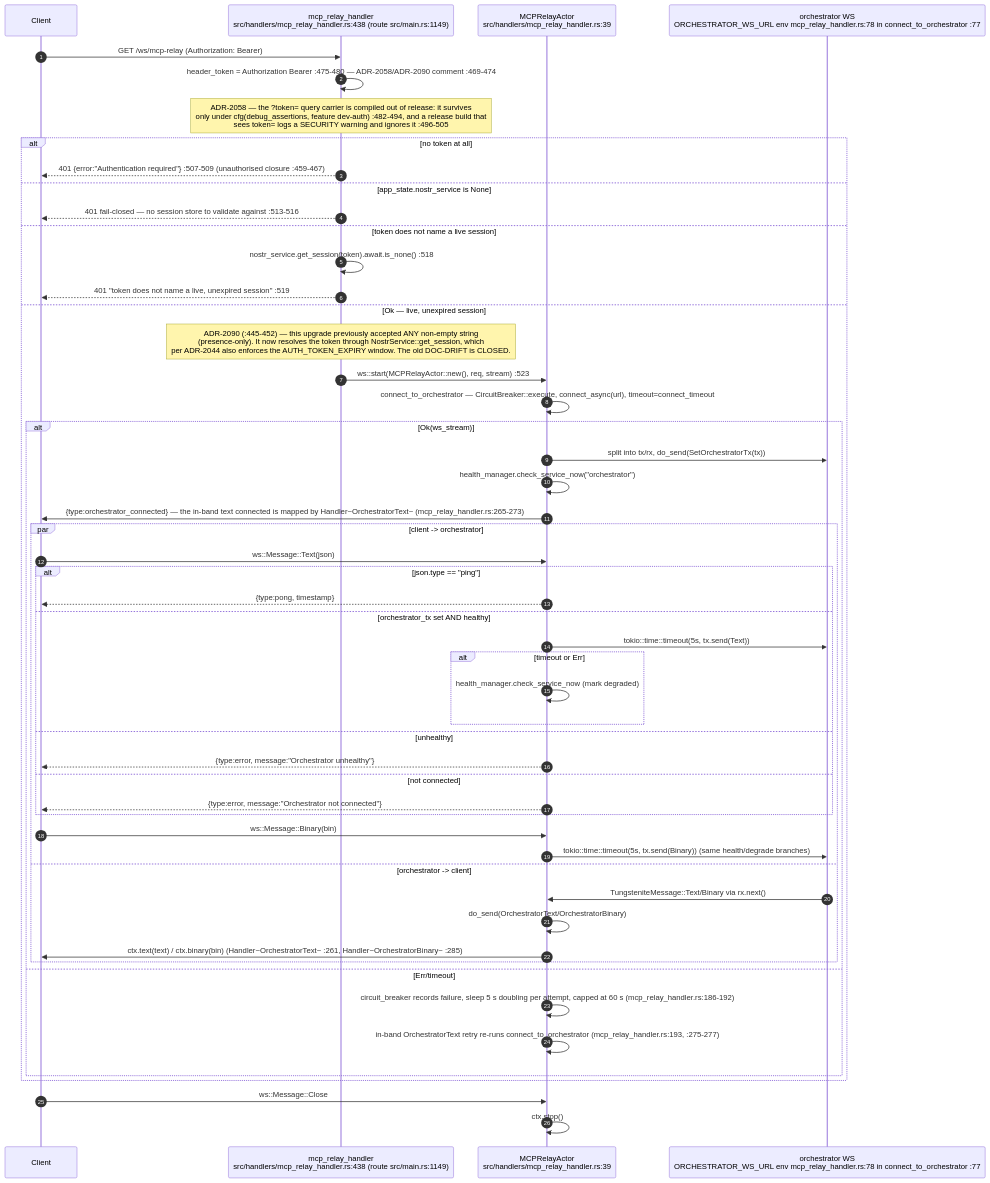
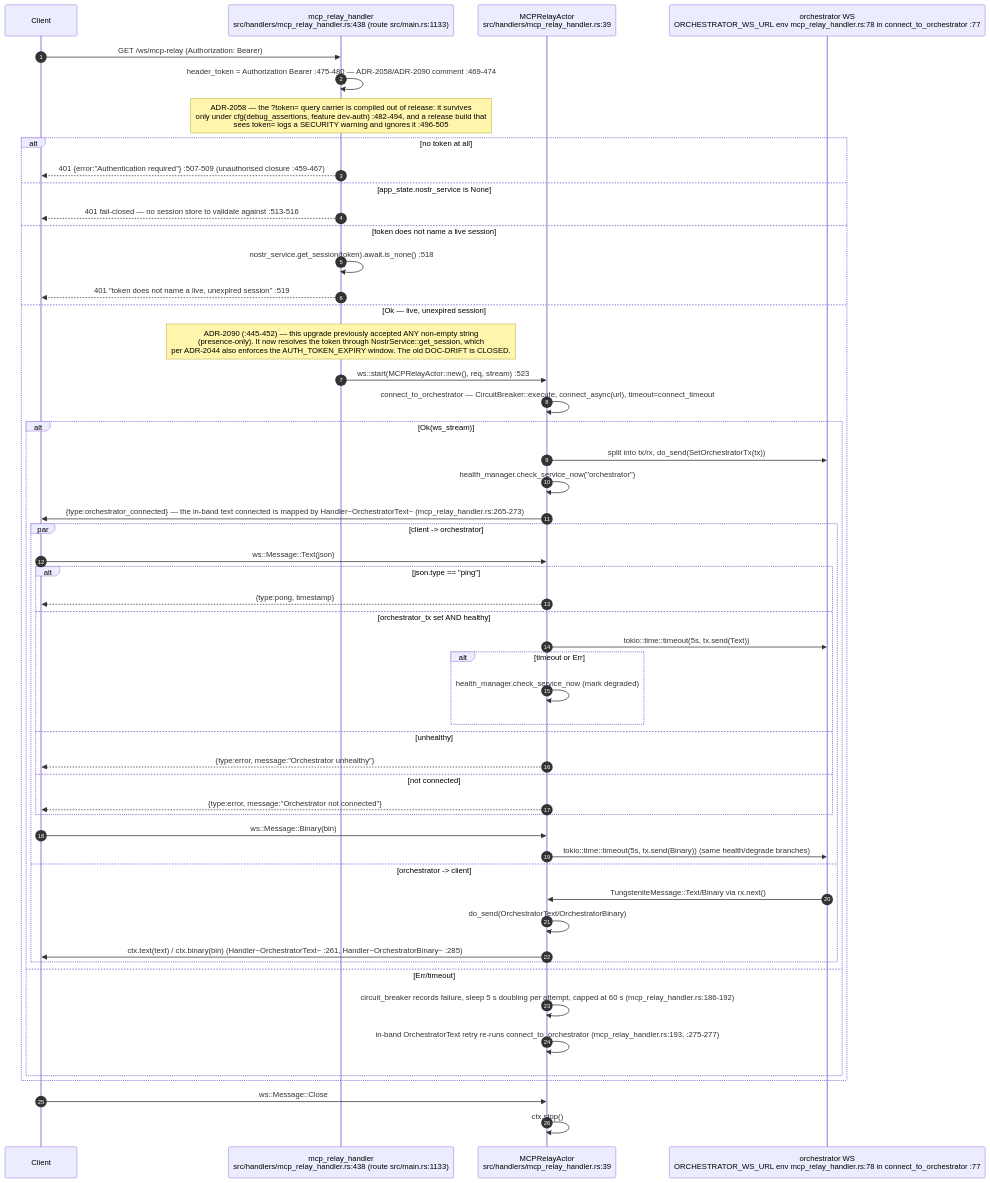
Before and after one commit to DreamLab-AI/VisionFlow: the tenth of 15 diagrams in docs/diagrams/visionclaw/05-handlers-governance-and-identity.md, drawn with Mermaid. The commit also changed other lines of this file and 7 other files, not shown here.

````diff
--- a/docs/diagrams/visionclaw/05-handlers-governance-and-identity.md
+++ b/docs/diagrams/visionclaw/05-handlers-governance-and-identity.md
@@ -576,55 +594,55 @@
 ```mermaid
 sequenceDiagram
     autonumber
     participant C as Client
-    participant H as mcp_relay_handler<br/>src/handlers/mcp_relay_handler.rs:438 (route src/main.rs:1149)
+    participant H as mcp_relay_handler<br/>src/handlers/mcp_relay_handler.rs:438 (route src/main.rs:1133)
     participant A as MCPRelayActor<br/>src/handlers/mcp_relay_handler.rs:39
     participant O as orchestrator WS<br/>ORCHESTRATOR_WS_URL env mcp_relay_handler.rs:78 in connect_to_orchestrator :77
 
     C->>H: GET /ws/mcp-relay (Authorization: Bearer)
     H->>H: header_token = Authorization Bearer :475-480 — ADR-2058/ADR-2090 comment :469-474
     Note over H: ADR-2058 — the ?token= query carrier is compiled out of release: it survives<br/>only under cfg(debug_assertions, feature dev-auth) :482-494, and a release build that<br/>sees token= logs a SECURITY warning and ignores it :496-505
     alt no token at all
         H-->>C: 401 {error:"Authentication required"} :507-509 (unauthorised closure :459-467)
     else app_state.nostr_service is None
         H-->>C: 401 fail-closed — no session store to validate against :513-516
     else token does not name a live session
         H->>H: nostr_service.get_session(token).await.is_none() :518
         H-->>C: 401 "token does not name a live, unexpired session" :519
     else Ok — live, unexpired session
         Note over H: ADR-2090 (:445-452) — this upgrade previously accepted ANY non-empty string<br/>(presence-only). It now resolves the token through NostrService::get_session, which<br/>per ADR-2044 also enforces the AUTH_TOKEN_EXPIRY window. The old DOC-DRIFT is CLOSED.
         H->>A: ws::start(MCPRelayActor::new(), req, stream) :523
         A->>A: connect_to_orchestrator — CircuitBreaker::execute, connect_async(url), timeout=connect_timeout
         alt Ok(ws_stream)
             A->>O: split into tx/rx, do_send(SetOrchestratorTx(tx))
             A->>A: health_manager.check_service_now("orchestrator")
             A->>C: {type:orchestrator_connected} — the in-band text connected is mapped by Handler~OrchestratorText~ (mcp_relay_handler.rs:265-273)
             par client -> orchestrator
                 C->>A: ws::Message::Text(json)
                 alt json.type == "ping"
                     A-->>C: {type:pong, timestamp}
                 else orchestrator_tx set AND healthy
                     A->>O: tokio::time::timeout(5s, tx.send(Text))
                     alt timeout or Err
                         A->>A: health_manager.check_service_now (mark degraded)
                     end
                 else unhealthy
                     A-->>C: {type:error, message:"Orchestrator unhealthy"}
                 else not connected
                     A-->>C: {type:error, message:"Orchestrator not connected"}
                 end
                 C->>A: ws::Message::Binary(bin)
                 A->>O: tokio::time::timeout(5s, tx.send(Binary)) (same health/degrade branches)
             and orchestrator -> client
                 O->>A: TungsteniteMessage::Text/Binary via rx.next()
                 A->>A: do_send(OrchestratorText/OrchestratorBinary)
                 A->>C: ctx.text(text) / ctx.binary(bin) (Handler~OrchestratorText~ :261, Handler~OrchestratorBinary~ :285)
             end
         else Err/timeout
             A->>A: circuit_breaker records failure, sleep 5 s doubling per attempt, capped at 60 s (mcp_relay_handler.rs:186-192)
             A->>A: in-band OrchestratorText retry re-runs connect_to_orchestrator (mcp_relay_handler.rs:193, :275-277)
         end
     end
     C->>A: ws::Message::Close
     A->>A: ctx.stop()
 ```
````
